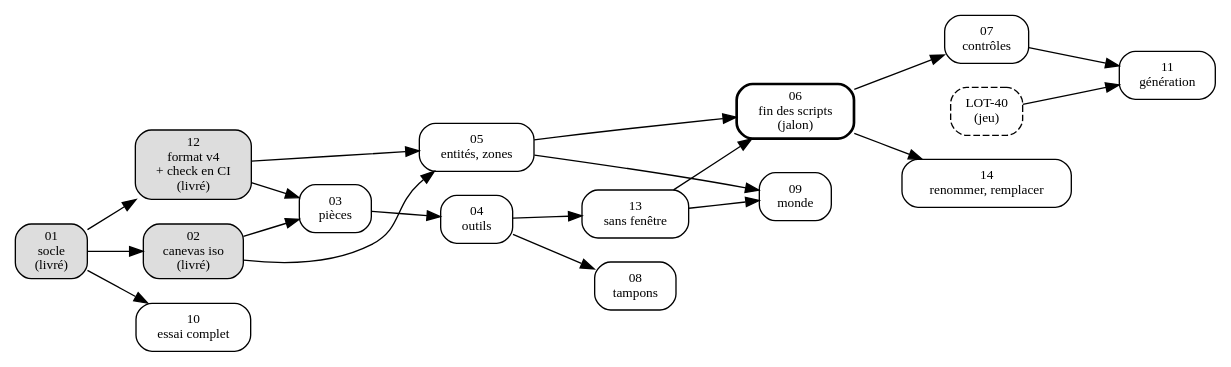
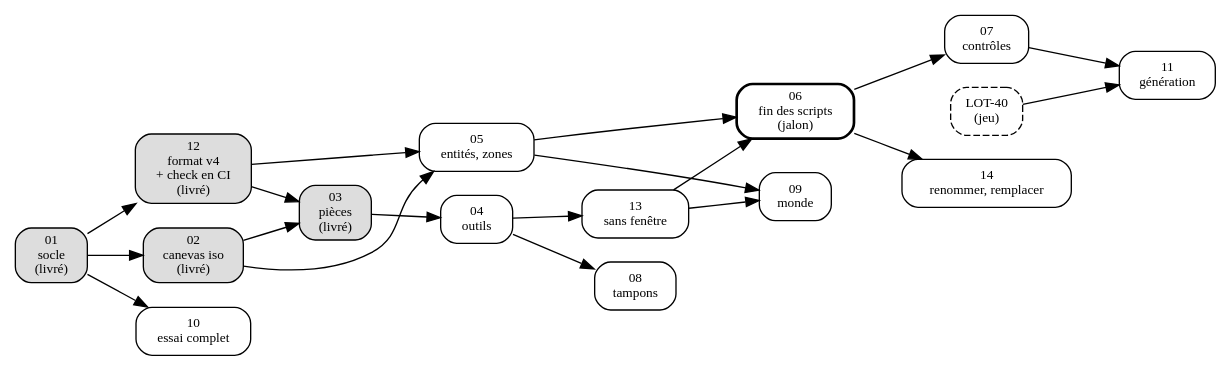
Before and after one commit to azertval/JustAnotherDnDGame: the diagram in Documentation/Editeur/feuille-de-route.md, drawn with Graphviz. The commit also changed other lines of this file and 30 other files, not shown here.

````diff
--- a/Documentation/Editeur/feuille-de-route.md
+++ b/Documentation/Editeur/feuille-de-route.md
@@ -209,29 +209,29 @@
 ```dot
 digraph editeur {
   rankdir=LR;
   node [shape=box, style=rounded, fontsize=10];
   E01 [label="01\nsocle\n(livré)", style="rounded,filled", fillcolor="#dddddd"];
   E02 [label="02\ncanevas iso\n(livré)", style="rounded,filled", fillcolor="#dddddd"];
   E12 [label="12\nformat v4\n+ check en CI\n(livré)", style="rounded,filled", fillcolor="#dddddd"];
-  E03 [label="03\npièces"];
+  E03 [label="03\npièces\n(livré)", style="rounded,filled", fillcolor="#dddddd"];
   E04 [label="04\noutils"];
   E05 [label="05\nentités, zones"];
   E13 [label="13\nsans fenêtre"];
   E06 [label="06\nfin des scripts\n(jalon)", style="rounded,bold"];
   E07 [label="07\ncontrôles"];
   E14 [label="14\nrenommer, remplacer"];
   E08 [label="08\ntampons"];
   E09 [label="09\nmonde"];
   E10 [label="10\nessai complet"];
   E11 [label="11\ngénération"];
   L40 [label="LOT-40\n(jeu)", style="rounded,dashed"];
   E01 -> E02; E01 -> E12; E01 -> E10;
   E02 -> E03; E12 -> E03;
   E02 -> E05; E12 -> E05;
   E03 -> E04; E04 -> E13; E04 -> E08;
   E13 -> E06; E05 -> E06;
   E06 -> E07; E06 -> E14;
   E05 -> E09; E13 -> E09;
   E07 -> E11; L40 -> E11;
 }
 ```
````
